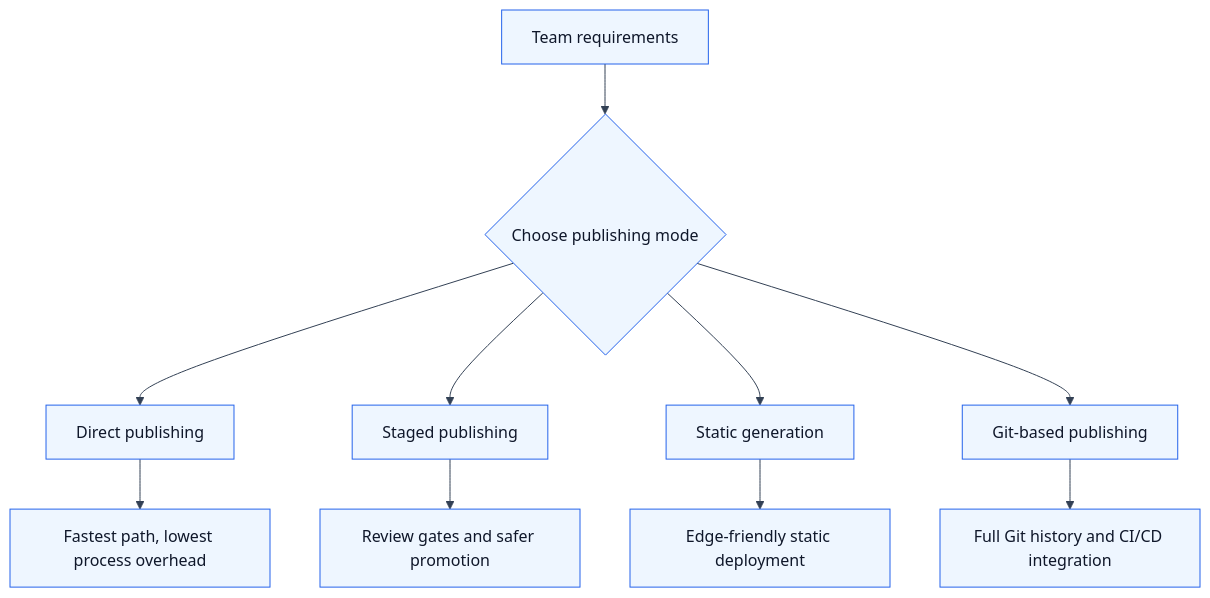
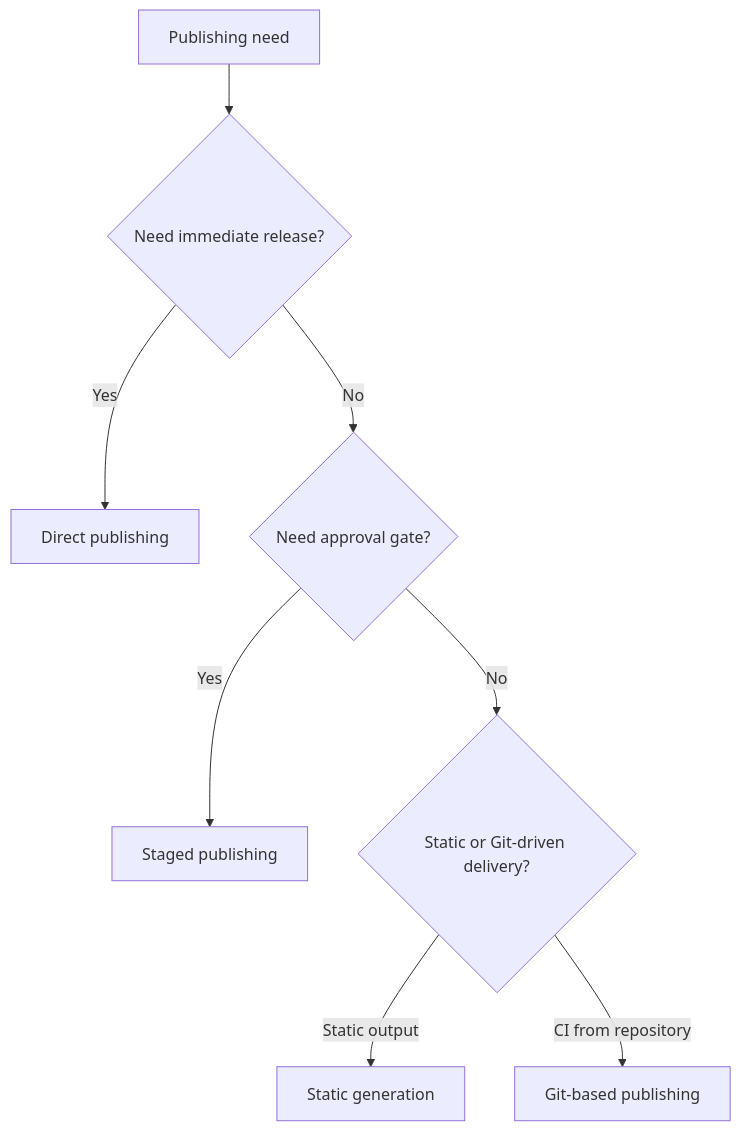
Before and after one commit to CWALabs/SkyCMS.Docs: the first of 2 diagrams in deployment/publishing-workflow.md, drawn with Mermaid. The commit also changed other lines of this file and 211 other files, not shown here.

````diff
--- a/deployment/publishing-workflow.md
+++ b/deployment/publishing-workflow.md
@@ -84,14 +47,10 @@
 ```mermaid
-%%{init: {"theme":"base","themeVariables":{"primaryColor":"#eef6ff","primaryTextColor":"#0f172a","primaryBorderColor":"#2563eb","lineColor":"#334155","secondaryColor":"#f8fafc","tertiaryColor":"#ffffff","fontFamily":"Segoe UI, Arial, sans-serif"}}}%%
 flowchart TD
-   TeamNeeds[Team requirements] --> Decision{Choose publishing mode}
-   Decision --> Direct[Direct publishing]
-   Decision --> Staged[Staged publishing]
-   Decision --> StaticGen[Static generation]
-   Decision --> GitBased[Git-based publishing]
-
-   Direct --> OutcomeDirect[Fastest path, lowest process overhead]
-   Staged --> OutcomeStaged[Review gates and safer promotion]
-   StaticGen --> OutcomeStatic[Edge-friendly static deployment]
-   GitBased --> OutcomeGit[Full Git history and CI/CD integration]
+  Need[Publishing need] --> Speed{Need immediate release?}
+  Speed -- Yes --> Direct[Direct publishing]
+  Speed -- No --> Review{Need approval gate?}
+  Review -- Yes --> Staged[Staged publishing]
+  Review -- No --> Static{Static or Git-driven delivery?}
+  Static -- Static output --> StaticGen[Static generation]
+  Static -- CI from repository --> GitBased[Git-based publishing]
 ```
````
